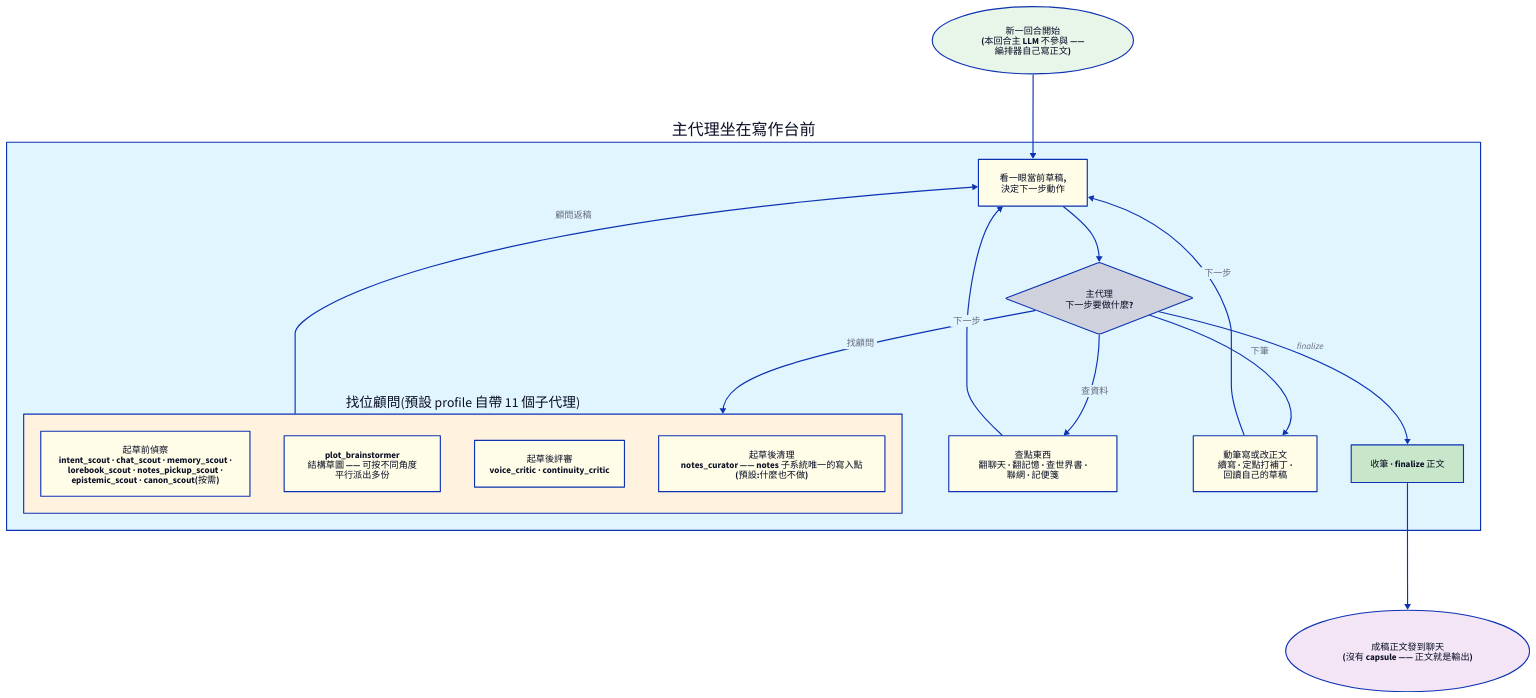
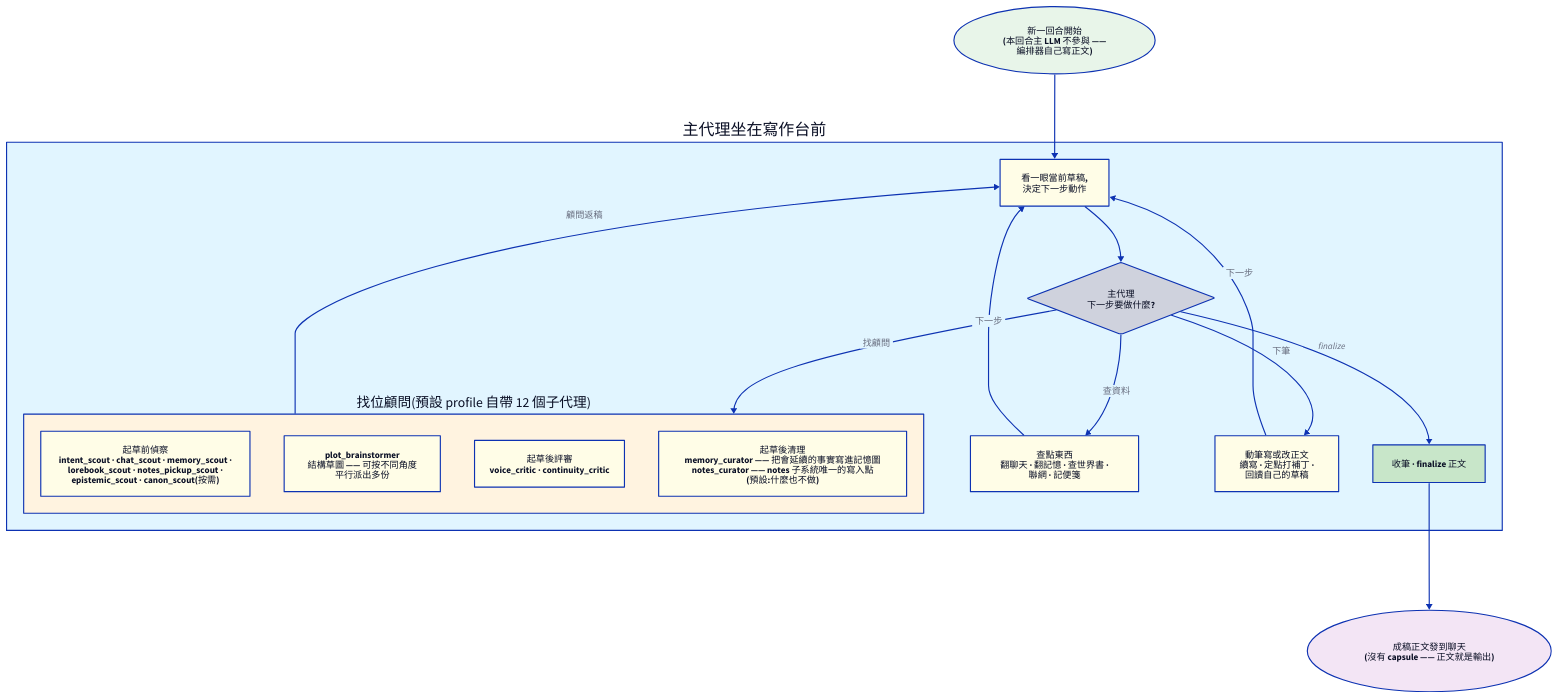
The diagram in docs/zh-TW/features/orchestrator/director.md (funnycups/Luker), drawn with D2 before and after one commit. The commit also changed other lines of this file and 5 other files, not shown here.

````diff
--- a/docs/zh-TW/features/orchestrator/director.md
+++ b/docs/zh-TW/features/orchestrator/director.md
@@ -66,65 +66,65 @@
 ```d2
 direction: down
 
 start: "新一回合開始\n(本回合主 LLM 不參與 ——\n編排器自己寫正文)" {
   shape: oval
   style.fill: "#e8f5e9"
 }
 
 loop: "主代理坐在寫作台前" {
   style.fill: "#e1f5ff"
 
   think: "看一眼當前草稿,\n決定下一步動作" {
     style.fill: "#fffde7"
   }
 
   decide: "主代理\n下一步要做什麼?" {
     shape: diamond
   }
 
-  consult: "找位顧問(預設 profile 自帶 11 個子代理)" {
+  consult: "找位顧問(預設 profile 自帶 12 個子代理)" {
     style.fill: "#fff3e0"
     pre: "起草前偵察\nintent_scout · chat_scout · memory_scout ·\nlorebook_scout · notes_pickup_scout ·\nepistemic_scout · canon_scout(按需)" {
       style.fill: "#fffde7"
     }
     mid: "plot_brainstormer\n結構草圖 —— 可按不同角度\n平行派出多份" {
       style.fill: "#fffde7"
     }
     post: "起草後評審\nvoice_critic · continuity_critic" {
       style.fill: "#fffde7"
     }
-    housekeeping: "起草後清理\nnotes_curator —— notes 子系統唯一的寫入點\n(預設:什麼也不做)" {
+    housekeeping: "起草後清理\nmemory_curator —— 把會延續的事實寫進記憶圖\nnotes_curator —— notes 子系統唯一的寫入點\n(預設:什麼也不做)" {
       style.fill: "#fffde7"
     }
   }
 
   research: "查點東西\n翻聊天 · 翻記憶 · 查世界書 ·\n聯網 · 記便箋" {
     style.fill: "#fffde7"
   }
 
   write: "動筆寫或改正文\n續寫 · 定點打補丁 ·\n回讀自己的草稿" {
     style.fill: "#fffde7"
   }
 
   finalize: "收筆 · finalize 正文" {
     style.fill: "#c8e6c9"
   }
 
   think -> decide
   decide -> consult: "找顧問"
   decide -> research: "查資料"
   decide -> write: "下筆"
   decide -> finalize: "finalize"
   consult -> think: "顧問返稿"
   research -> think: "下一步"
   write -> think: "下一步"
 }
 
 out: "成稿正文發到聊天\n(沒有 capsule —— 正文就是輸出)" {
   shape: oval
   style.fill: "#f3e5f5"
 }
 
 start -> loop.think
 loop.finalize -> out
 ```
````
